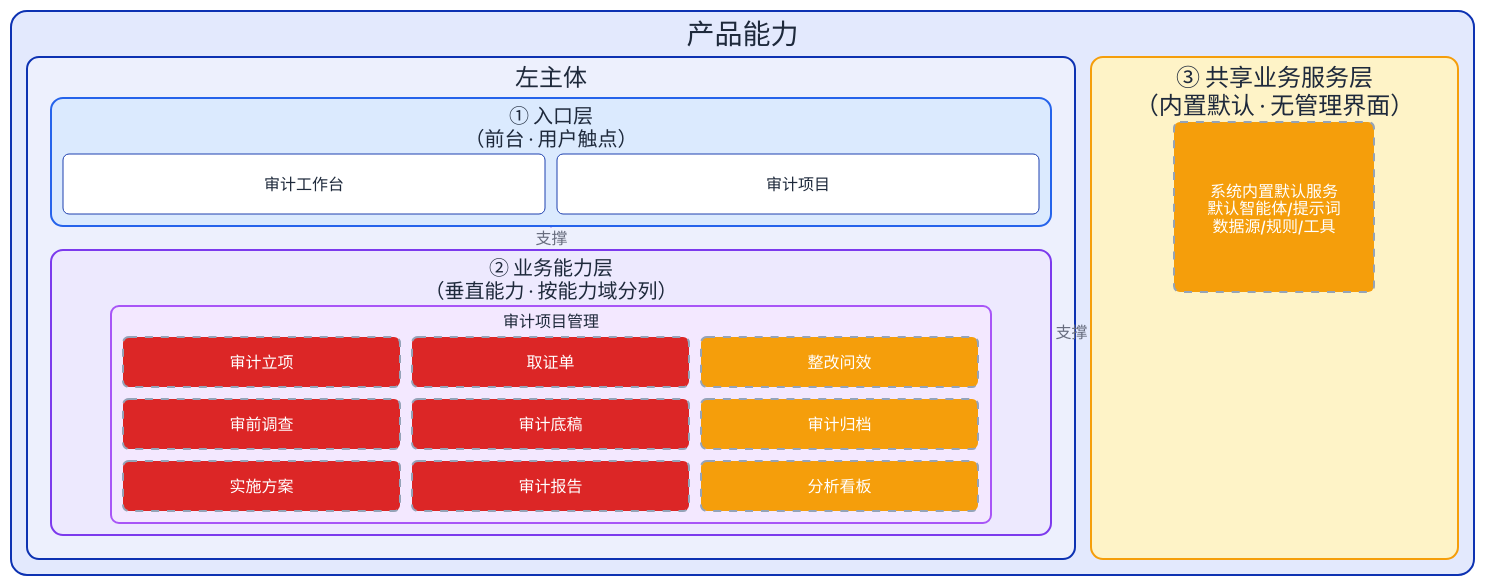
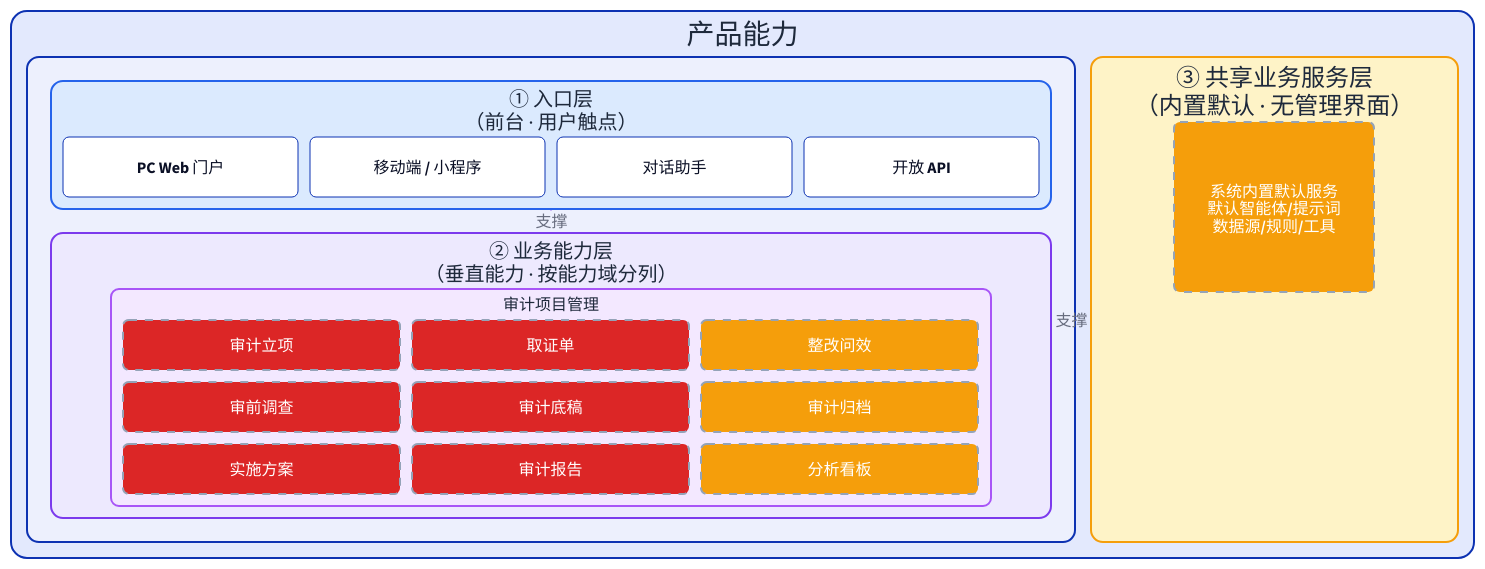
Before and after one commit to syllr/skills: the fourth of 4 diagrams in skills/c4-container-diagram/references/templates.md, drawn with D2. The commit also changed other lines of this file and 35 other files, not shown here.

````diff
--- a/skills/c4-container-diagram/references/templates.md
+++ b/skills/c4-container-diagram/references/templates.md
@@ -296,73 +306,77 @@
 ```d2
 # 图标准元信息 · 中文注释
 # 图名: 产品能力架构图（Product Capability Architecture Map）
 # 视角: 逻辑视图（能力分层 × 状态 × 优先级）
 # 用途: 产品功能全貌 + 分层支撑 + 实现状态 + 投资优先级
 # 反映的问题: 产品有哪些能力、能力在哪层、做到哪一步、先做哪个
 # 边界: 产品层不画技术底座（数据存储/消息/网络/缓存归架构文档）
 # 编码: 线型=状态、颜色=优先级热力，入口层白底无热力
 
 vars: {
   d2-config: { layout-engine: elk }
 }
 
 产品能力: {
   grid-rows: 1
   grid-columns: 2
   grid-gap: 16
   style.font-color: "#1e293b"
   style.border-radius: 16
 
   左主体: {
+    label: ""    # 纯布局壳（入口层 + 业务能力层纵向堆叠），label 置空以免 key 被当标题画出来
     grid-rows: 1; grid-columns: 1; grid-gap: 24
     style.font-color: "#1e293b"
     style.border-radius: 12
 
     入口层: {
-      # 入口层 · 仅示意触点，非能力，无状态与热力维度，白底实线
+      # 入口层 · 用户触点/终端入口，非能力，无状态与热力维度，白底实线
       label: "① 入口层\n（前台 · 用户触点）"
-      width: 1000; grid-columns: 2; grid-gap: 12; style.fill: "#dbeafe"; style.font-color: "#1e293b"; style.stroke: "#2563eb"; style.border-radius: 12
-      h1: { label: "审计工作台"; width: 482; height: 60; class: module }
-      h2: { label: "审计项目"; width: 482; height: 60; class: module }
+      width: 1000; grid-columns: 4; grid-gap: 12; style.fill: "#dbeafe"; style.font-color: "#1e293b"; style.stroke: "#2563eb"; style.border-radius: 12
+      h1: { label: "PC Web 门户"; width: 235; height: 60; class: module; style.fill: "#ffffff" }
+      h2: { label: "移动端 / 小程序"; width: 235; height: 60; class: module; style.fill: "#ffffff" }
+      h3: { label: "对话助手"; width: 235; height: 60; class: module; style.fill: "#ffffff" }
+      h4: { label: "开放 API"; width: 235; height: 60; class: module; style.fill: "#ffffff" }
     }
 
     业务能力层: {
       # 业务能力层 · 垂直能力按能力域分列，线型=状态 / 颜色=优先级（多 class 叠加）
       label: "② 业务能力层\n（垂直能力 · 按能力域分列）"
       width: 1000; grid-columns: 1; grid-gap: 12; style.fill: "#ede9fe"; style.font-color: "#1e293b"; style.stroke: "#7c3aed"; style.border-radius: 12
       审计项目管理: { label: "审计项目管理"; width: 880; grid-columns: 3; grid-gap: 12; style.fill: "#f3e8ff"; style.font-color: "#1e293b"; style.stroke: "#a855f7"; style.border-radius: 8
         c1: { label: "审计立项"; width: 277; height: 50; class: [core; planned] }
         c2: { label: "审前调查"; width: 277; height: 50; class: [core; planned] }
         c3: { label: "实施方案"; width: 277; height: 50; class: [core; planned] }
         c4: { label: "取证单"; width: 277; height: 50; class: [core; planned] }
         c5: { label: "审计底稿"; width: 277; height: 50; class: [core; planned] }
         c6: { label: "审计报告"; width: 277; height: 50; class: [core; planned] }
         c7: { label: "整改问效"; width: 277; height: 50; class: [support; planned] }
         c8: { label: "审计归档"; width: 277; height: 50; class: [support; planned] }
         c9: { label: "分析看板"; width: 277; height: 50; class: [support; planned] }
       }
     }
   }
 
   共享业务服务层: {
     # 共享业务服务层 · 系统内置默认服务，无管理界面，右侧竖条支撑左侧主体（不设 width，ELK 自动包裹居中）
     label: "③ 共享业务服务层\n（内置默认 · 无管理界面）"
     grid-columns: 1
     style.fill: "#fef3c7"; style.font-color: "#1e293b"; style.stroke: "#f59e0b"; style.border-radius: 12
     s1: { label: "系统内置默认服务\n默认智能体/提示词\n数据源/规则/工具"; width: 200; height: 170; class: [support; planned] }
   }
 }
 
 # 层间支撑关系（上层依赖下层；右侧竖条支撑左侧主体）
 产品能力.共享业务服务层 -> 产品能力.左主体.业务能力层: 支撑 { style.stroke: "#f59e0b" }
 产品能力.左主体.业务能力层 -> 产品能力.左主体.入口层: 支撑 { style.stroke: "#7c3aed" }
 
 classes: {
   # 样式类 · 中文注释：状态与热力叠加（各状态类均含 border-radius，保证多 class 组合节点仍有圆角）
-  module: { style: { border-radius: 6; fill: "#ffffff"; stroke: "#1e40af"; font-color: "#1e293b"; stroke-width: 1 } }
+  # module 只带形状（圆角 / 描边宽），不带 fill / stroke / font-color——颜色由热力类或节点 style.fill 提供，多 class 叠加才安全
+  module: { style: { border-radius: 6; stroke-width: 1 } }
   planned: { style: { stroke-dash: 4; stroke: "#94a3b8"; border-radius: 6 } }
   core: { style: { fill: "#dc2626"; font-color: "#ffffff"; border-radius: 6 } }
   support: { style: { fill: "#f59e0b"; font-color: "#ffffff"; border-radius: 6 } }
   edge: { style: { fill: "#d1d5db"; font-color: "#1f2937"; stroke: "#6b7280"; border-radius: 6 } }
 }
 ```
````
